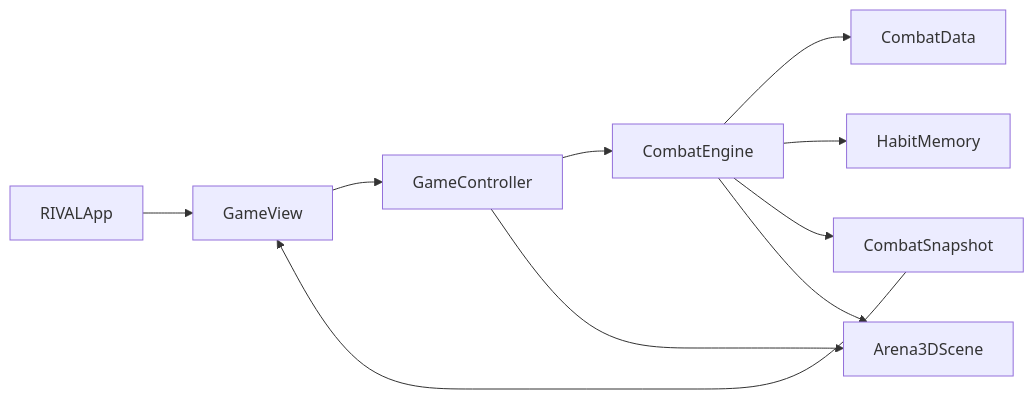
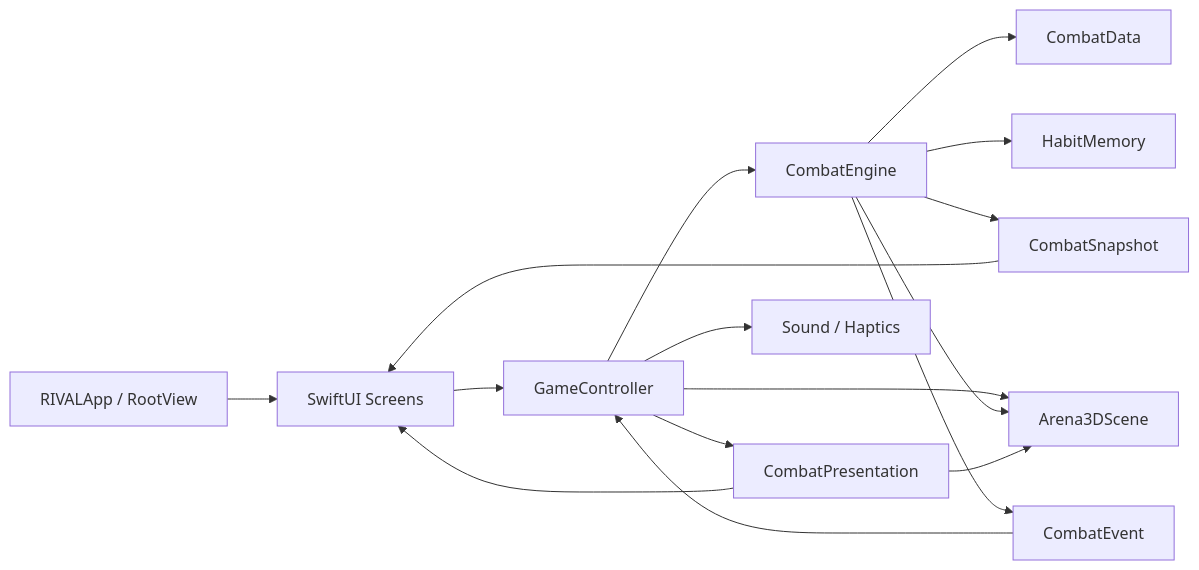
One commit to acertainromance401/GAME changed the diagram in README.md. Above: the diagram before and after it, drawn with Mermaid. The commit also changed other lines of this file and 221 other files, not shown here.

````diff
--- a/README.md
+++ b/README.md
@@ -71,12 +131,18 @@
 ```mermaid
 flowchart LR
-    A[RIVALApp] --> B[GameView]
+    A[RIVALApp / RootView] --> B[SwiftUI Screens]
     B --> C[GameController]
     C --> D[CombatEngine]
     D --> E[CombatData]
     D --> F[HabitMemory]
     D --> G[CombatSnapshot]
     C --> H[Arena3DScene]
     G --> B
     D --> H
+    D --> I[CombatEvent]
+    I --> C
+    C --> J[CombatPresentation]
+    J --> H
+    J --> B
+    C --> K[Sound / Haptics]
 ```
````
